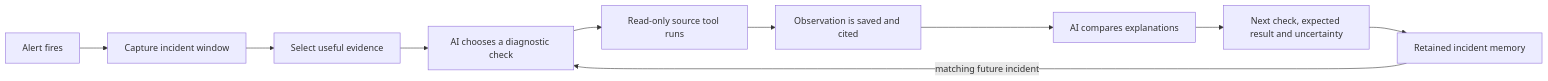
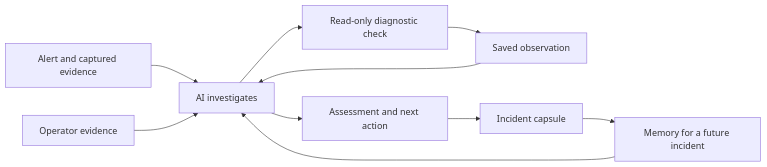
Before and after one commit to Hi-io/fcapsule: the diagram in docs/product_value_proposition.md, drawn with Mermaid. The commit also changed other lines of this file, not shown here.

Commit message:
docs: position FCAPSule as observability with incident memory

````diff
--- a/docs/product_value_proposition.md
+++ b/docs/product_value_proposition.md
@@ -33,12 +40,12 @@
 ```mermaid
 flowchart LR
-    A[Alert fires] --> B[Capture incident window]
-    B --> C[Select useful evidence]
-    C --> D[AI chooses a diagnostic check]
-    D --> E[Read-only source tool runs]
-    E --> F[Observation is saved and cited]
-    F --> G[AI compares explanations]
-    G --> H[Next check, expected result and uncertainty]
-    H --> I[Retained incident memory]
-    I -->|matching future incident| D
+    A[Alert and captured evidence] --> B[AI investigates]
+    B --> C[Read-only diagnostic check]
+    C --> D[Saved observation]
+    D --> B
+    B --> E[Assessment and next action]
+    E --> F[Incident capsule]
+    F --> G[Memory for a future incident]
+    G --> B
+    H[Operator evidence] --> B
 ```
````
